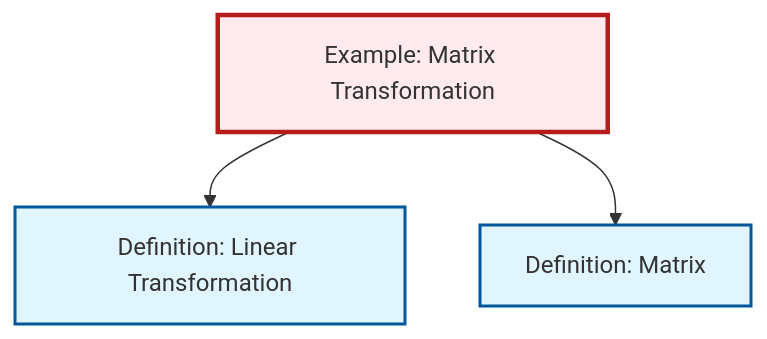
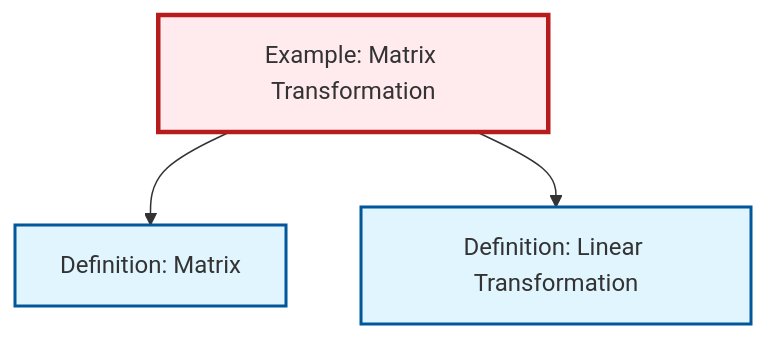
The diagram in content/en/algebra/ex-matrix-transformation.qmd (RK0429/ModernMath), drawn with Mermaid before and after one commit. The commit also changed other lines of this file and 328 other files, not shown here.

````diff
--- a/content/en/algebra/ex-matrix-transformation.qmd
+++ b/content/en/algebra/ex-matrix-transformation.qmd
@@ -52,17 +52,17 @@
 ```{mermaid}
 %%| fig-cap: "Local dependency graph"
 graph TD
     classDef definition fill:#e1f5fe,stroke:#01579b,stroke-width:2px
     classDef theorem fill:#f3e5f5,stroke:#4a148c,stroke-width:2px
     classDef axiom fill:#fff3e0,stroke:#e65100,stroke-width:2px
     classDef example fill:#e8f5e9,stroke:#1b5e20,stroke-width:2px
     classDef current fill:#ffebee,stroke:#b71c1c,stroke-width:3px
+    ex-matrix-transformation["Example: Matrix Transformation"]:::example
     def-linear-transformation["Definition: Linear Transformation"]:::definition
-    ex-matrix-transformation["Example: Matrix Transformation"]:::example
     def-matrix["Definition: Matrix"]:::definition
+    ex-matrix-transformation --> def-matrix
     ex-matrix-transformation --> def-linear-transformation
-    ex-matrix-transformation --> def-matrix
     class ex-matrix-transformation current
     click def-linear-transformation "def-linear-transformation.html" "Go to Linear Transformation definition"
     click def-matrix "def-matrix.html" "Go to Matrix definition"
 ```
````
